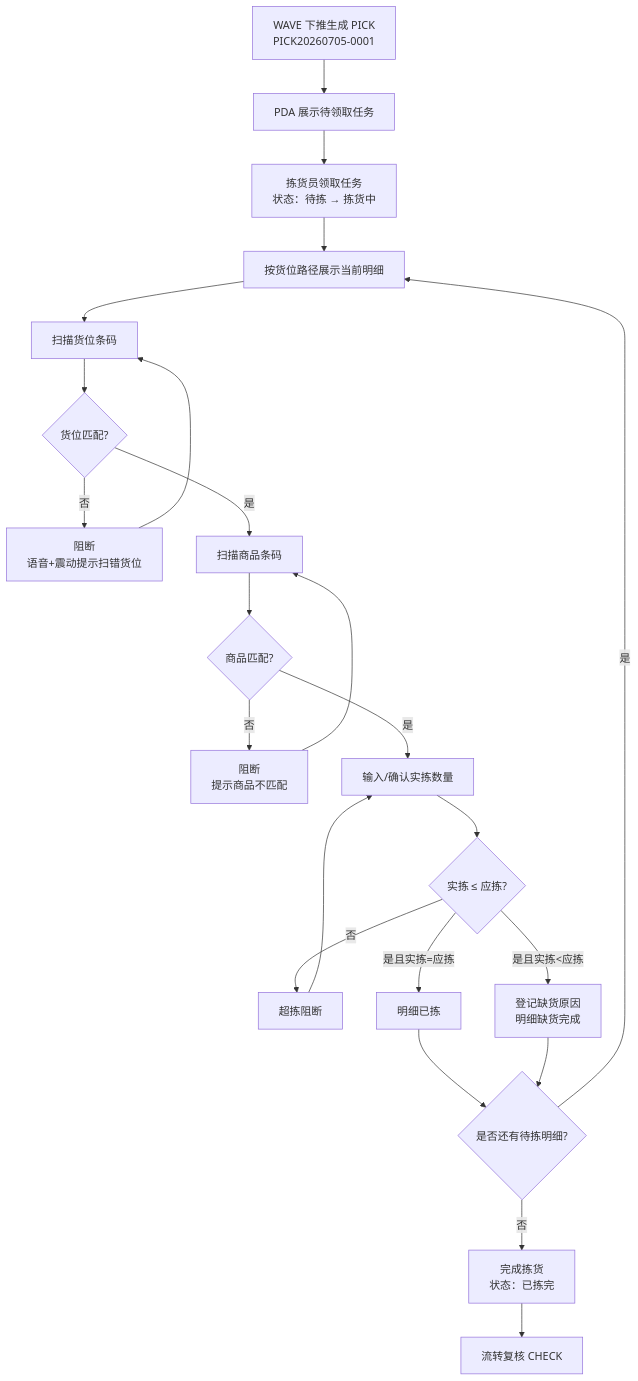
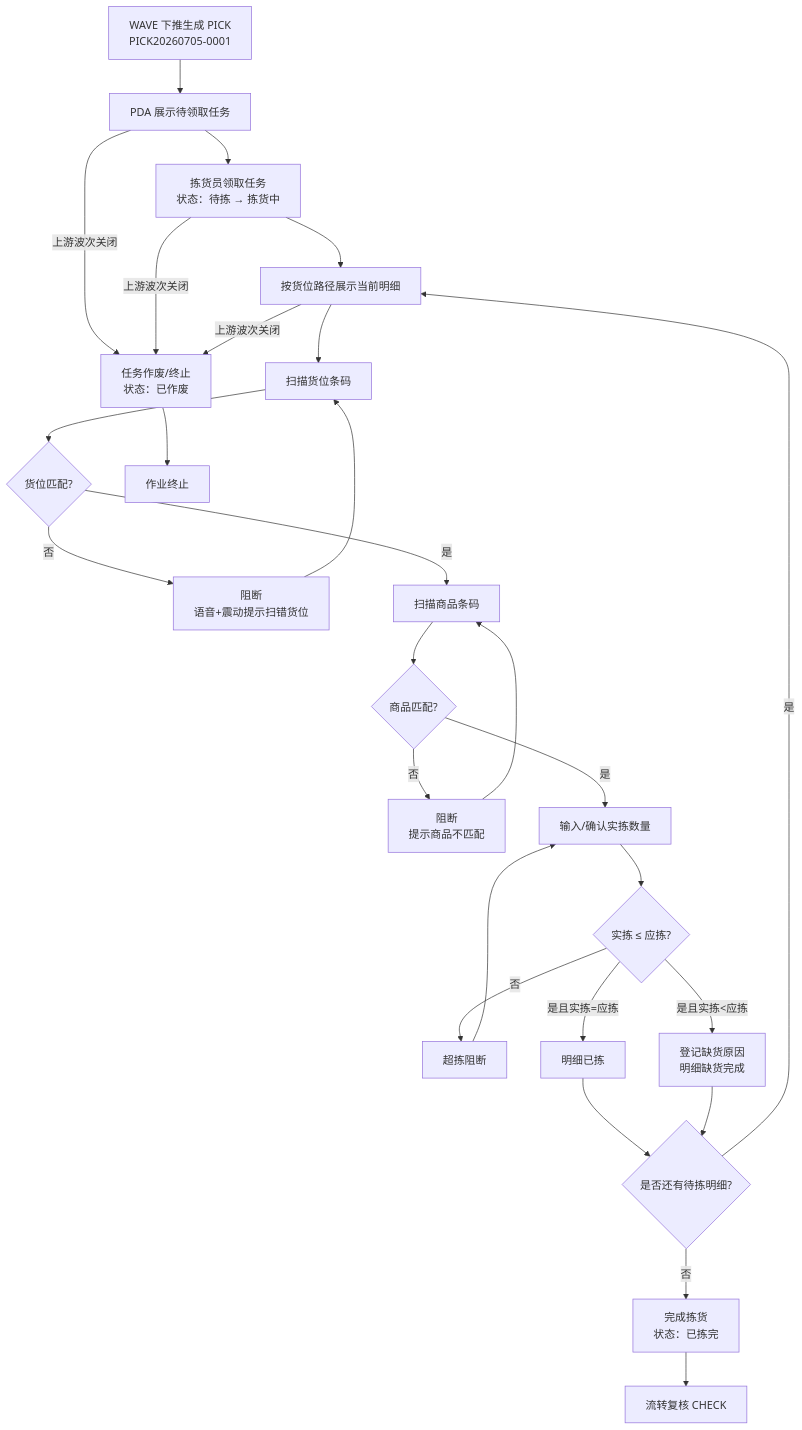
Before and after one commit to lophyJessica/forge-crm: the first of 2 diagrams in prd-docs/出库管理/拣货单/拣货单_业务流程推演.md, drawn with Mermaid. The commit also changed other lines of this file and 50 other files, not shown here.

````diff
--- a/prd-docs/出库管理/拣货单/拣货单_业务流程推演.md
+++ b/prd-docs/出库管理/拣货单/拣货单_业务流程推演.md
@@ -26,25 +26,29 @@
 ```mermaid
 flowchart TD
     A["WAVE 下推生成 PICK\nPICK20260705-0001"] --> B["PDA 展示待领取任务"]
     B --> C["拣货员领取任务\n状态：待拣 → 拣货中"]
+    B -->|上游波次关闭| X["任务作废/终止\n状态：已作废"]
+    C -->|上游波次关闭| X
     C --> D["按货位路径展示当前明细"]
+    D -->|上游波次关闭| X
     D --> E["扫描货位条码"]
     E --> F{"货位匹配?"}
     F -->|否| F1["阻断\n语音+震动提示扫错货位"]
     F1 --> E
     F -->|是| G["扫描商品条码"]
     G --> H{"商品匹配?"}
     H -->|否| H1["阻断\n提示商品不匹配"]
     H1 --> G
     H -->|是| I["输入/确认实拣数量"]
     I --> J{"实拣 ≤ 应拣?"}
     J -->|否| J1["超拣阻断"]
     J1 --> I
     J -->|是且实拣=应拣| K["明细已拣"]
     J -->|是且实拣<应拣| L["登记缺货原因\n明细缺货完成"]
     K --> M{"是否还有待拣明细?"}
     L --> M
     M -->|是| D
     M -->|否| N["完成拣货\n状态：已拣完"]
     N --> O["流转复核 CHECK"]
+    X --> Y["作业终止"]
 ```
````
